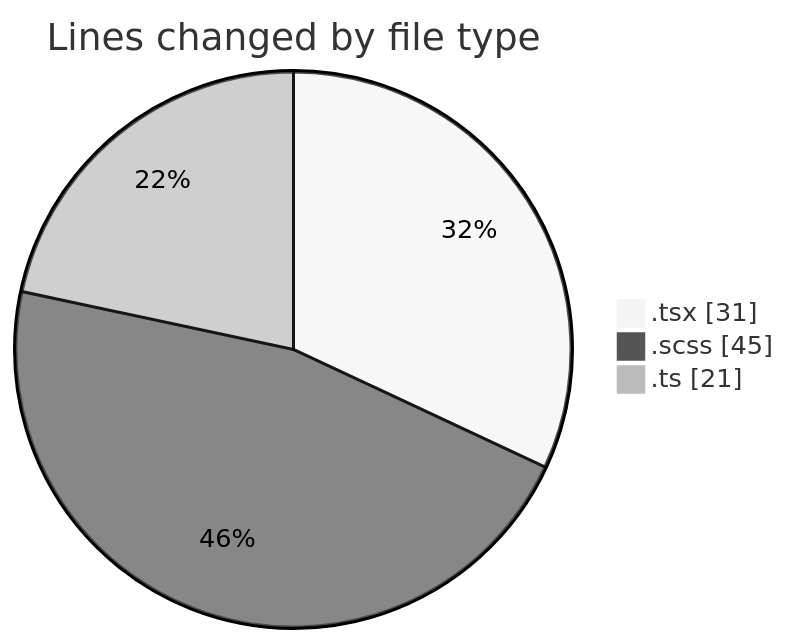
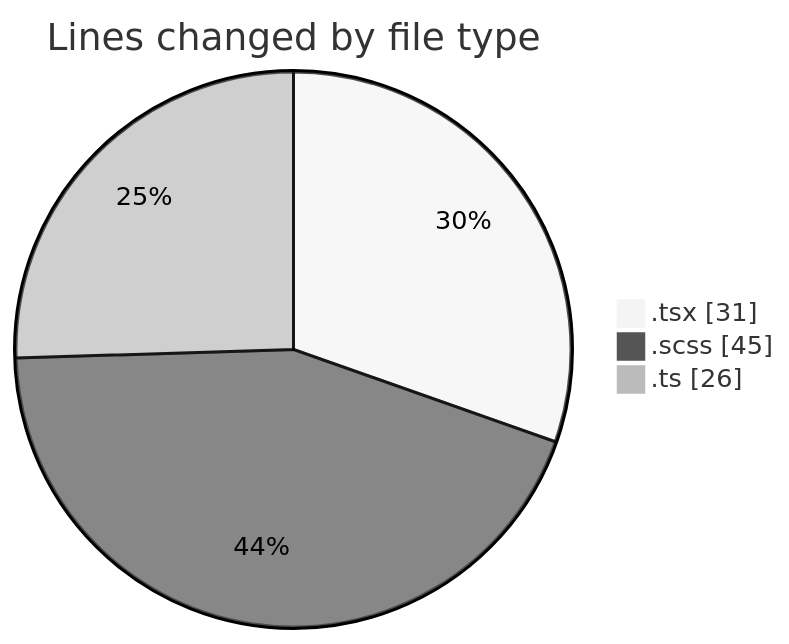
Before and after one commit to momahboobian/code-tracking: the first of 2 diagrams in 2025-04-09/cda/README.md, drawn with Mermaid (neutral theme). The commit also changed other lines of this file and 1 other file, not shown here.

````diff
--- a/2025-04-09/cda/README.md
+++ b/2025-04-09/cda/README.md
@@ -23,7 +23,7 @@
 ```mermaid
 pie showData
 title Lines changed by file type
 ".tsx" : 31
 ".scss" : 45
-".ts" : 21
+".ts" : 26
 ```
````
